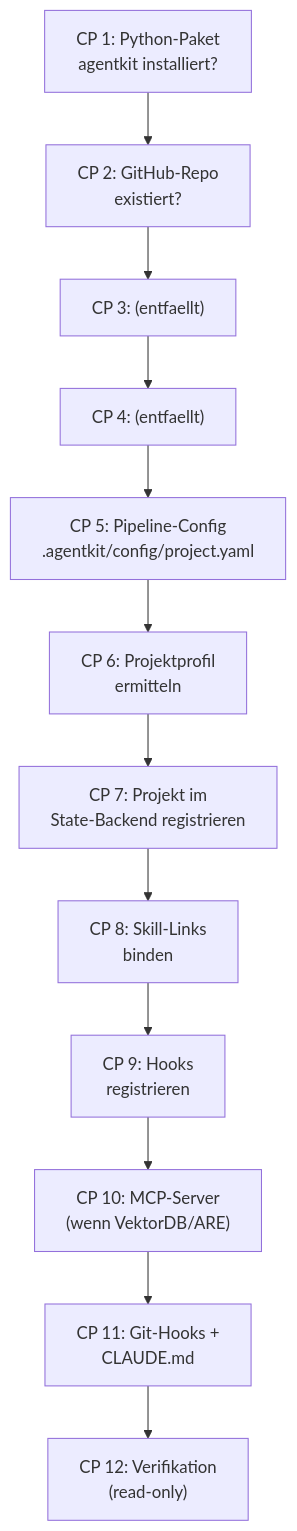
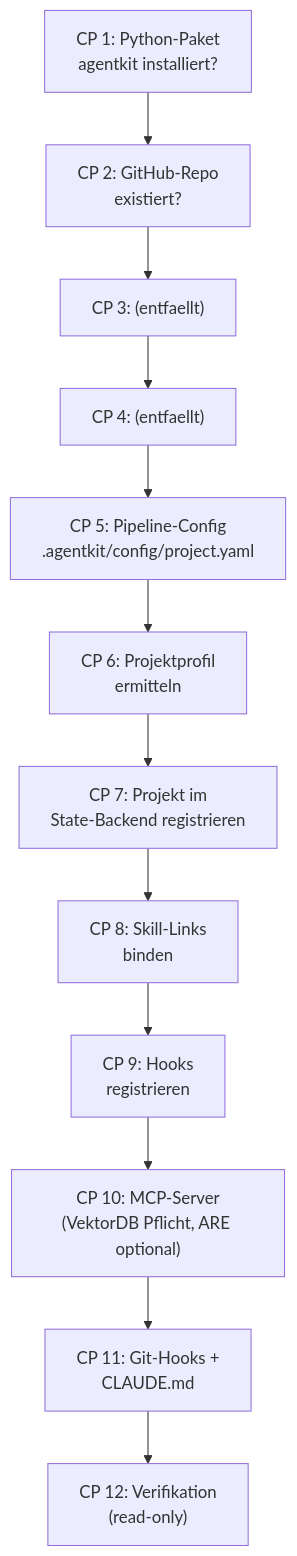
Before and after one commit to saltenhof/claude-agentkit3: the diagram in concept/technical-design/50_installer_checkpoint_engine_bootstrap.md, drawn with Mermaid. The commit also changed other lines of this file and 194 other files, not shown here.

First line of the commit message:
feat(AG3-176): VektorDB-Installer-Integration + flaechendeckender Nachzug des Pflicht-Beschlusses

````diff
--- a/concept/technical-design/50_installer_checkpoint_engine_bootstrap.md
+++ b/concept/technical-design/50_installer_checkpoint_engine_bootstrap.md
@@ -152,15 +152,15 @@
 ```mermaid
 flowchart TD
     CP1["CP 1: Python-Paket<br/>agentkit installiert?"] --> CP2
     CP2["CP 2: GitHub-Repo<br/>existiert?"] --> CP3
     CP3["CP 3: (entfaellt)"] --> CP4
     CP4["CP 4: (entfaellt)"] --> CP5
     CP5["CP 5: Pipeline-Config<br/>.agentkit/config/project.yaml"] --> CP6
     CP6["CP 6: Projektprofil<br/>ermitteln"] --> CP7
     CP7["CP 7: Projekt im<br/>State-Backend registrieren"] --> CP8
     CP8["CP 8: Skill-Links<br/>binden"] --> CP9
     CP9["CP 9: Hooks<br/>registrieren"] --> CP10
-    CP10["CP 10: MCP-Server<br/>(wenn VektorDB/ARE)"] --> CP11
+    CP10["CP 10: MCP-Server<br/>(VektorDB Pflicht, ARE optional)"] --> CP11
     CP11["CP 11: Git-Hooks +<br/>CLAUDE.md"] --> CP12
     CP12["CP 12: Verifikation<br/>(read-only)"]
 ```
````
